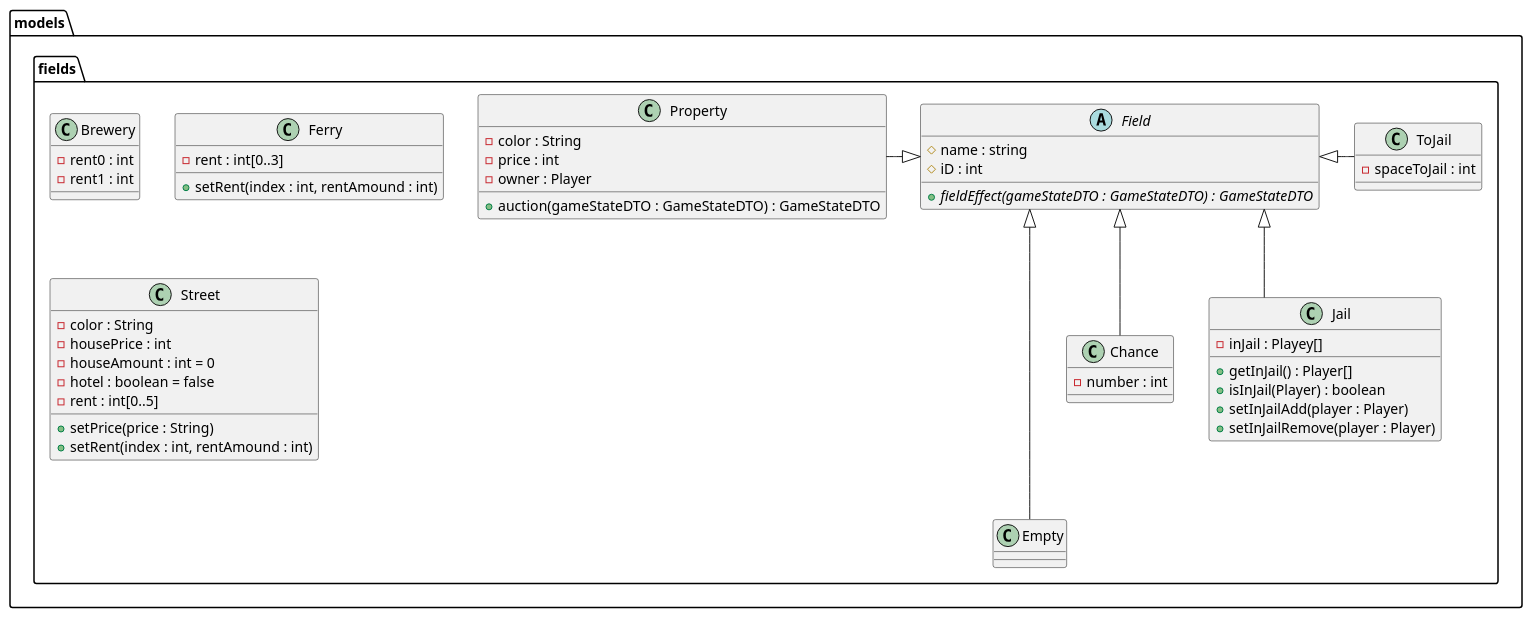
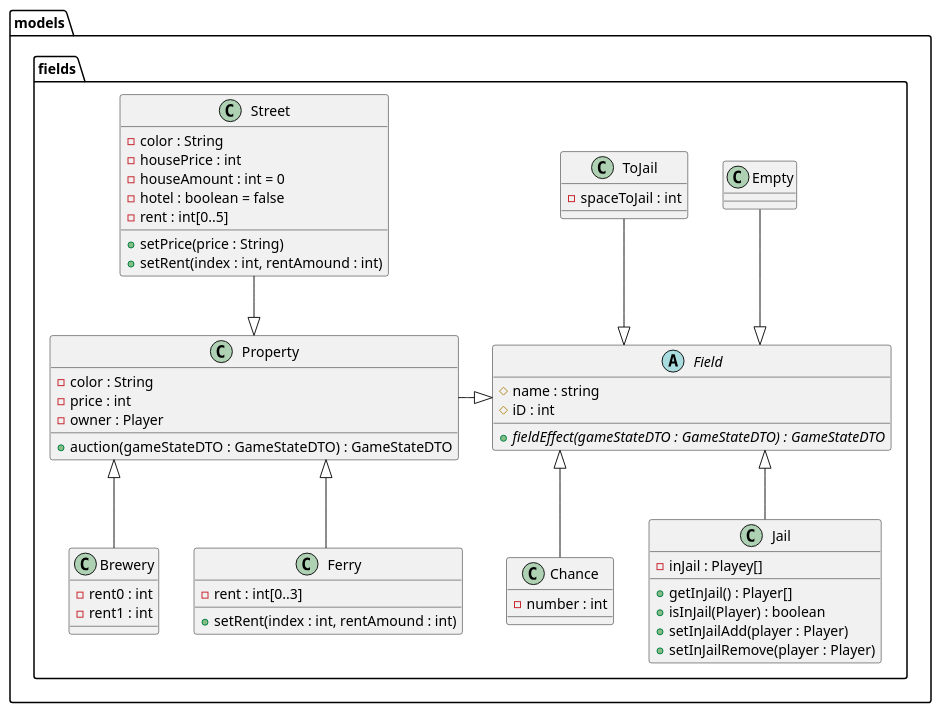
One commit to Gruppe-10-DTU/CDIO-FINAL changed the diagram in src/main/resources/Diagrams/FieldsPackageDesignClass.puml. Above: the diagram before and after it, drawn with PlantUML.

Commit message:
Updated the field diagram

```diff
--- a/src/main/resources/Diagrams/FieldsPackageDesignClass.puml
+++ b/src/main/resources/Diagrams/FieldsPackageDesignClass.puml
@@ -1,65 +1,69 @@
 @startuml
 'https://plantuml.com/class-diagram
 skinparam linetype ortho
 
 package models.fields {
 abstract Field {
  # name : string
  # iD : int
  + {abstract} fieldEffect(gameStateDTO : GameStateDTO) : GameStateDTO
 }
 
 class Property {
  - color : String
  - price : int
  - owner : Player
  + auction(gameStateDTO : GameStateDTO) : GameStateDTO
 }
 class Brewery {
  - rent0 : int
  - rent1 : int
 }
 class Ferry {
     - rent : int[0..3]
 
     + setRent(index : int, rentAmound : int)
 }
 class Street {
     - color : String
     - housePrice : int
     - houseAmount : int = 0
     - hotel : boolean = false
     - rent : int[0..5]
 
     + setPrice(price : String)
     + setRent(index : int, rentAmound : int)
 }
 class Empty{
 
 }
 
 class Chance {
 - number : int
 }
 
 class Jail {
  - inJail : Playey[]
  + getInJail() : Player[]
  + isInJail(Player) : boolean
  + setInJailAdd(player : Player)
  + setInJailRemove(player : Player)
 }
 
 class ToJail {
  -spaceToJail : int
 }
 
 
 
 Field <|-left- Property
-Field <|--- Empty
+Property <|-up- Street
+Property <|-down- Ferry
+Property <|-down- Brewery
 Field <|-- Chance
 Field <|-- Jail
-Field <|-right- ToJail
+Field <|-up- ToJail
+Field <|-up- Empty
+
 }
 @enduml
```
